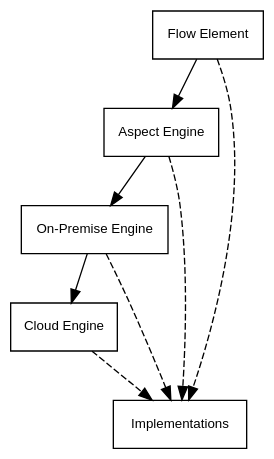
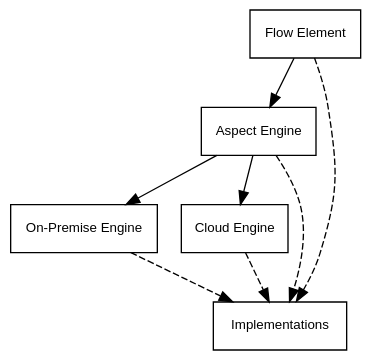
One commit to 51Degrees/documentation changed the diagram in src/graphs/flowelement-hierarchy.dot. Above: the diagram before and after it, drawn with Graphviz. The commit also changed 1 other file, not shown here.

Commit message:
DOC: Added "multiple files" to on-premise and fixed hierarchy graph.

```diff
--- a/src/graphs/flowelement-hierarchy.dot
+++ b/src/graphs/flowelement-hierarchy.dot
@@ -1,21 +1,21 @@
 digraph H {
     bgcolor=transparent;
     node [shape=record, fontname=Helvetica, fontsize=10];
     
     FE [label="Flow Element", URL="@ref Concepts_FlowElements_FlowElement"];
     AE [label="Aspect Engine", URL="@ref Concepts_FlowElements_AspectEngine"];
     //FODE [label="51Degrees Engine", URL="@ref Concepts_FlowElements_FiftyOneEngine"];
     OPE [label="On-Premise Engine", URL="@ref Concepts_FlowElements_OnPremiseEngine"];
     CE [label="Cloud Engine", URL="@ref Concepts_FlowElements_CloudEngine"];
     I [label=Implementations, URL="@ref Services_Index"];
     
     FE -> AE -> OPE;
-    OPE -> CE;
+    AE -> CE;
     
     edge[style=dashed];
     FE -> I;
     AE -> I;
     //FODE -> I;
     OPE -> I;
     CE -> I;
 }
```
